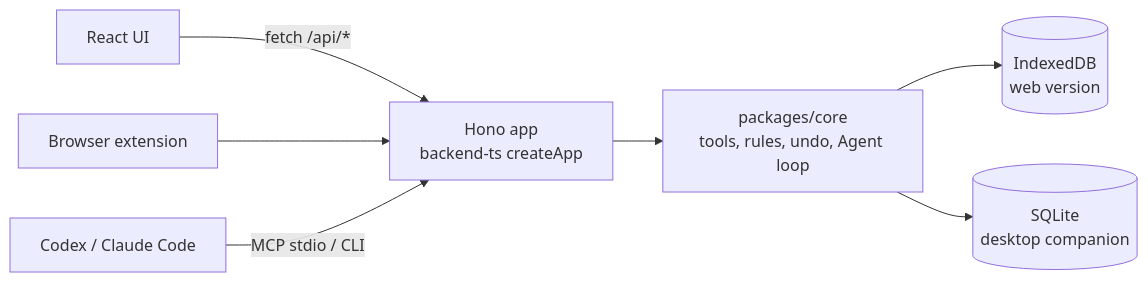
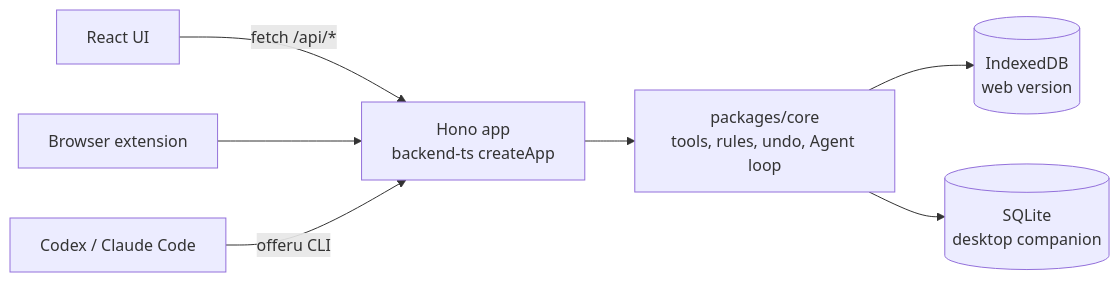
The diagram in data/readmes/avabbbb__OfferU.md (zqf20096327/ai_collect), drawn with Mermaid before and after one commit. The commit also changed other lines of this file and 3185 other files, not shown here.

````diff
--- a/data/readmes/avabbbb__OfferU.md
+++ b/data/readmes/avabbbb__OfferU.md
@@ -305,9 +305,9 @@
 ```mermaid
 flowchart LR
     UI[React UI] -->|fetch /api/*| APP[Hono app<br/>backend-ts createApp]
     EXT[Browser extension] --> APP
-    AG[Codex / Claude Code] -->|MCP stdio / CLI| APP
+    AG[Codex / Claude Code] -->|offeru CLI| APP
     APP --> CORE[packages/core<br/>tools, rules, undo, Agent loop]
     CORE --> IDB[(IndexedDB<br/>web version)]
     CORE --> SQL[(SQLite<br/>desktop companion)]
 ```
````
